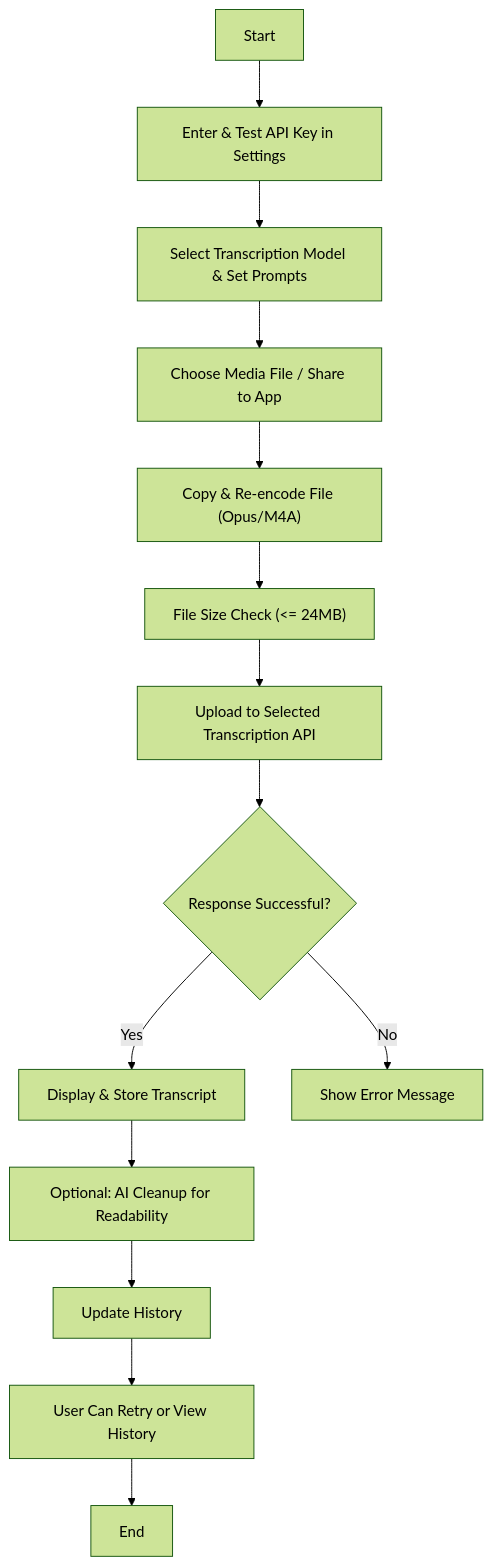
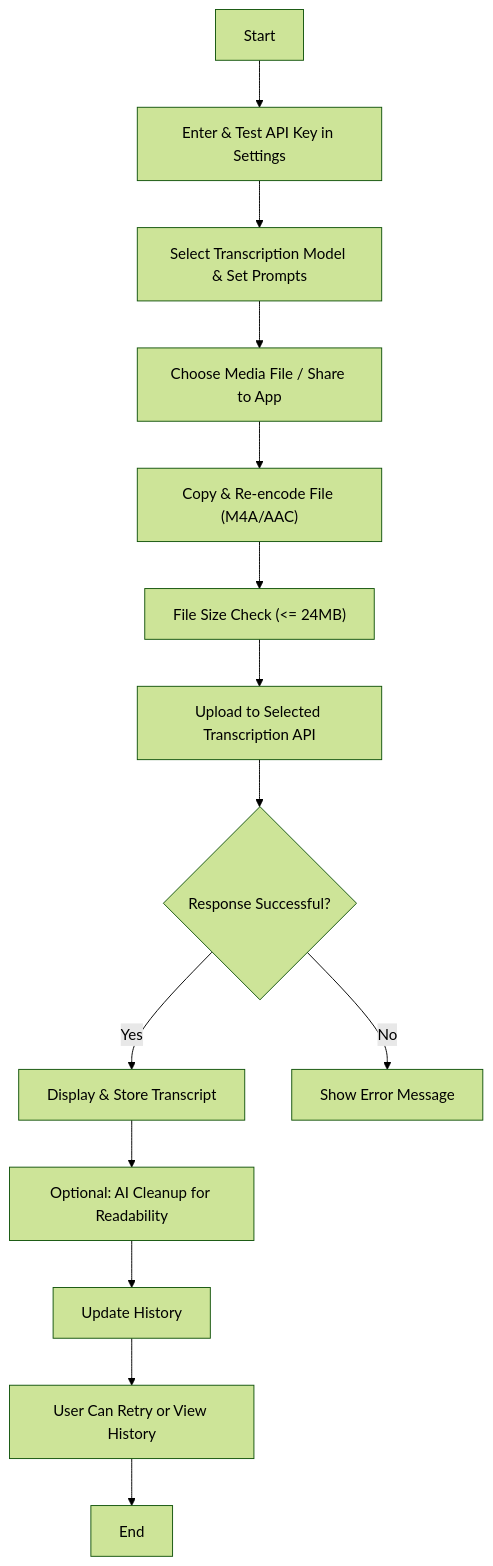
One commit to dhcgn/AIAudioTranscription changed the diagram in README.md. Above: the diagram before and after it, drawn with Mermaid (forest theme). The commit also changed other lines of this file and 2 other files, not shown here.

Commit message:
Remove all mentions of opus format, use AAC/M4A exclusively

````diff
--- a/README.md
+++ b/README.md
@@ -70,16 +68,16 @@
 ```mermaid
 graph TD
     A[Start] --> B[Enter & Test API Key in Settings]
     B --> C[Select Transcription Model & Set Prompts]
     C --> D[Choose Media File / Share to App]
-    D --> E["Copy & Re-encode File (Opus/M4A)"]
+    D --> E["Copy & Re-encode File (M4A/AAC)"]
     E --> F["File Size Check (<= 24MB)"]
     F --> G[Upload to Selected Transcription API]
     G --> H{Response Successful?}
     H -- Yes --> I[Display & Store Transcript]
     I --> J[Optional: AI Cleanup for Readability]
     J --> K[Update History]
     H -- No --> L[Show Error Message]
     K --> M[User Can Retry or View History]
     M --> N[End]
 ```
````
